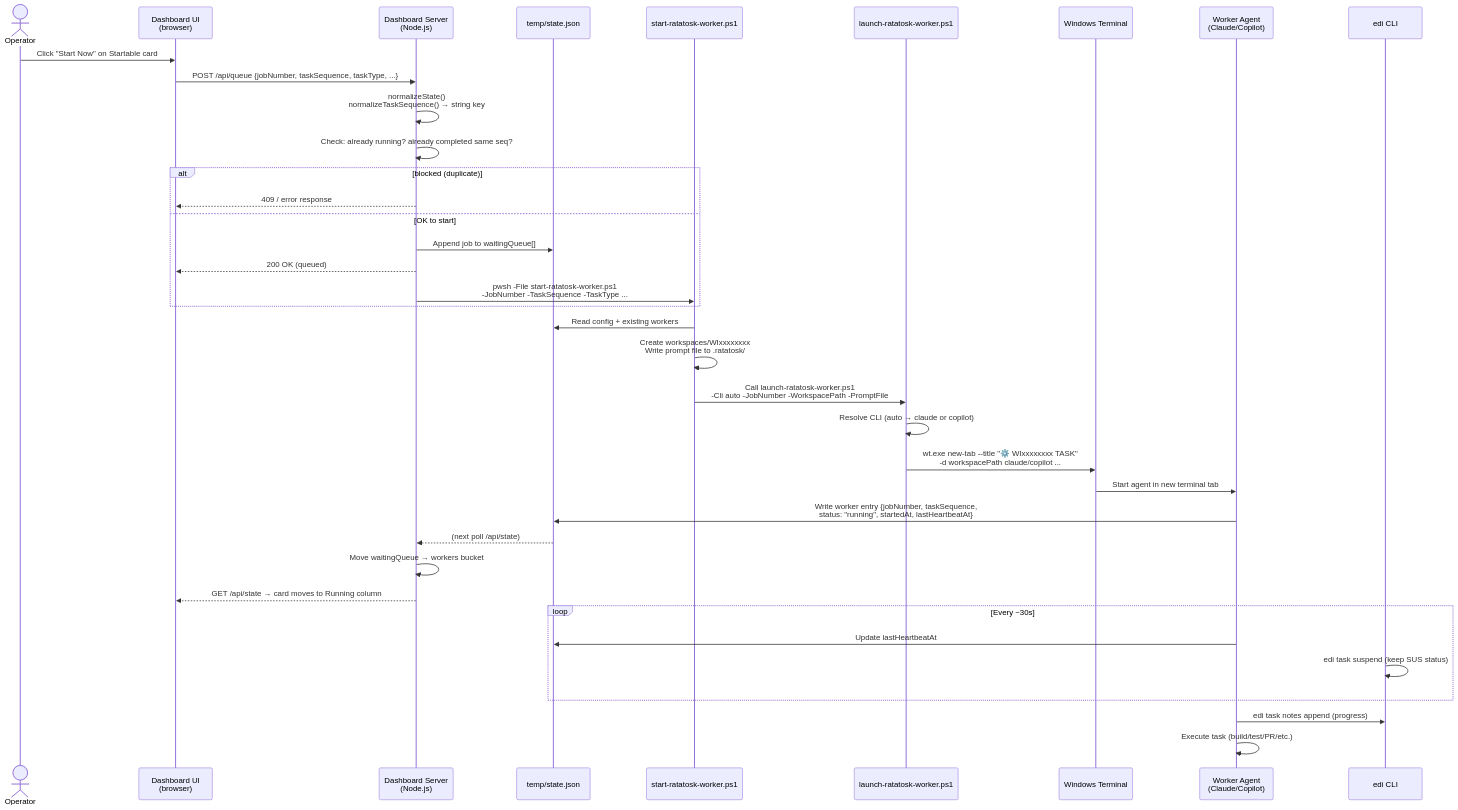
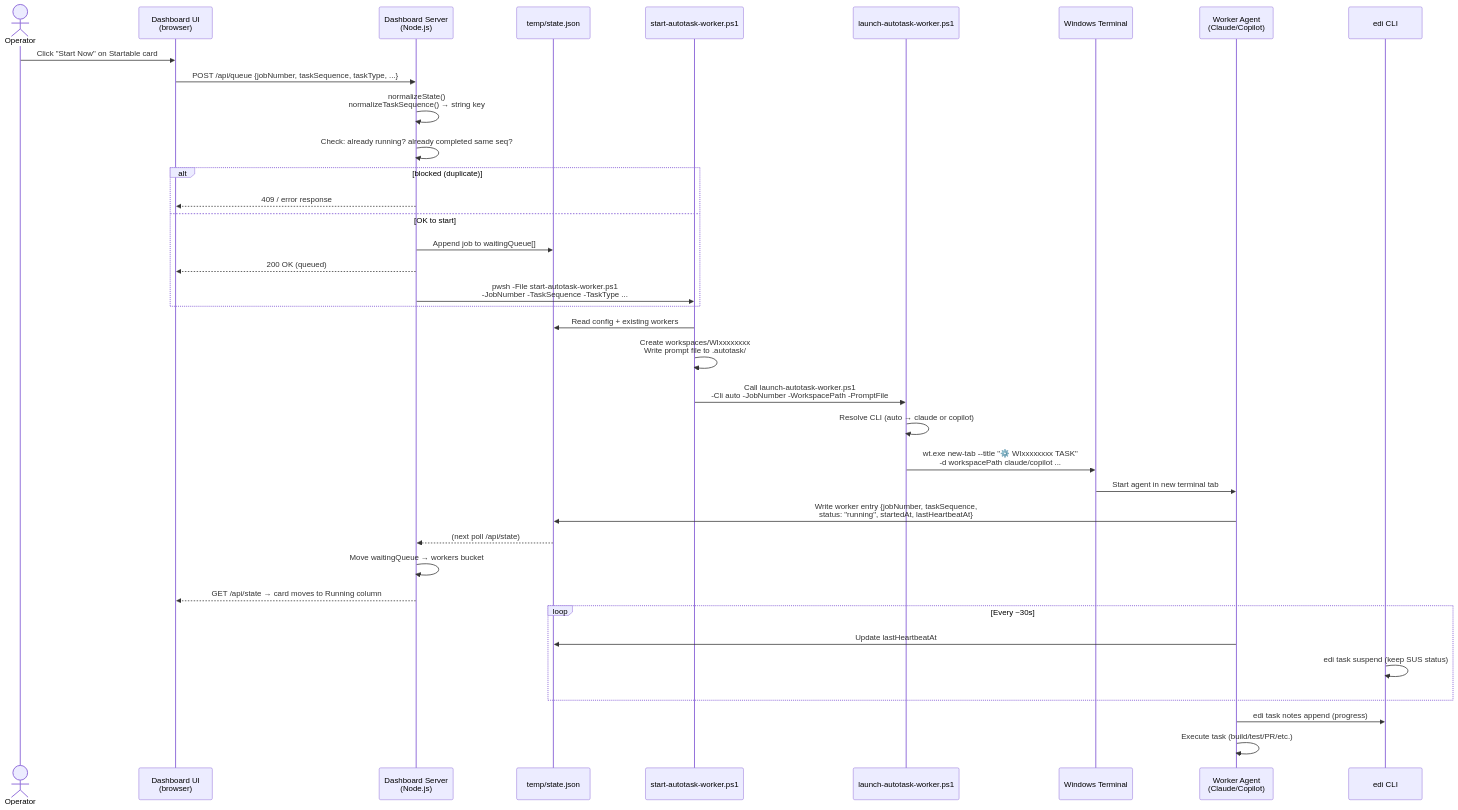
Before and after one commit to cat-hoang/ai-studio: the third of 12 diagrams in docs/architecture-overview.md, drawn with Mermaid. The commit also changed other lines of this file and 68 other files, not shown here.

````diff
--- a/docs/architecture-overview.md
+++ b/docs/architecture-overview.md
@@ -211,44 +211,44 @@
 ```mermaid
 sequenceDiagram
     actor Operator
     participant UI as Dashboard UI<br/>(browser)
     participant SRV as Dashboard Server<br/>(Node.js)
     participant STATE as temp/state.json
-    participant START as start-ratatosk-worker.ps1
-    participant LAUNCH as launch-ratatosk-worker.ps1
+    participant START as start-autotask-worker.ps1
+    participant LAUNCH as launch-autotask-worker.ps1
     participant WT as Windows Terminal
     participant AGENT as Worker Agent<br/>(Claude/Copilot)
     participant EDI as edi CLI
 
     Operator->>UI: Click "Start Now" on Startable card
     UI->>SRV: POST /api/queue {jobNumber, taskSequence, taskType, ...}
     SRV->>SRV: normalizeState()<br/>normalizeTaskSequence() → string key
     SRV->>SRV: Check: already running? already completed same seq?
     alt blocked (duplicate)
         SRV-->>UI: 409 / error response
     else OK to start
         SRV->>STATE: Append job to waitingQueue[]
         SRV-->>UI: 200 OK (queued)
-        SRV->>START: pwsh -File start-ratatosk-worker.ps1<br/>-JobNumber -TaskSequence -TaskType ...
+        SRV->>START: pwsh -File start-autotask-worker.ps1<br/>-JobNumber -TaskSequence -TaskType ...
     end
 
     START->>STATE: Read config + existing workers
-    START->>START: Create workspaces/WIxxxxxxxx<br/>Write prompt file to .ratatosk/
-    START->>LAUNCH: Call launch-ratatosk-worker.ps1<br/>-Cli auto -JobNumber -WorkspacePath -PromptFile
+    START->>START: Create workspaces/WIxxxxxxxx<br/>Write prompt file to .autotask/
+    START->>LAUNCH: Call launch-autotask-worker.ps1<br/>-Cli auto -JobNumber -WorkspacePath -PromptFile
     LAUNCH->>LAUNCH: Resolve CLI (auto → claude or copilot)
     LAUNCH->>WT: wt.exe new-tab --title "⚙️ WIxxxxxxxx TASK"<br/>-d workspacePath claude/copilot ...
 
     WT->>AGENT: Start agent in new terminal tab
     AGENT->>STATE: Write worker entry {jobNumber, taskSequence,<br/>status: "running", startedAt, lastHeartbeatAt}
     STATE-->>SRV: (next poll /api/state)
     SRV->>SRV: Move waitingQueue → workers bucket
     SRV-->>UI: GET /api/state → card moves to Running column
 
     loop Every ~30s
         AGENT->>STATE: Update lastHeartbeatAt
         EDI->>EDI: edi task suspend (keep SUS status)
     end
 
     AGENT->>EDI: edi task notes append (progress)
     AGENT->>AGENT: Execute task (build/test/PR/etc.)
 ```
````
